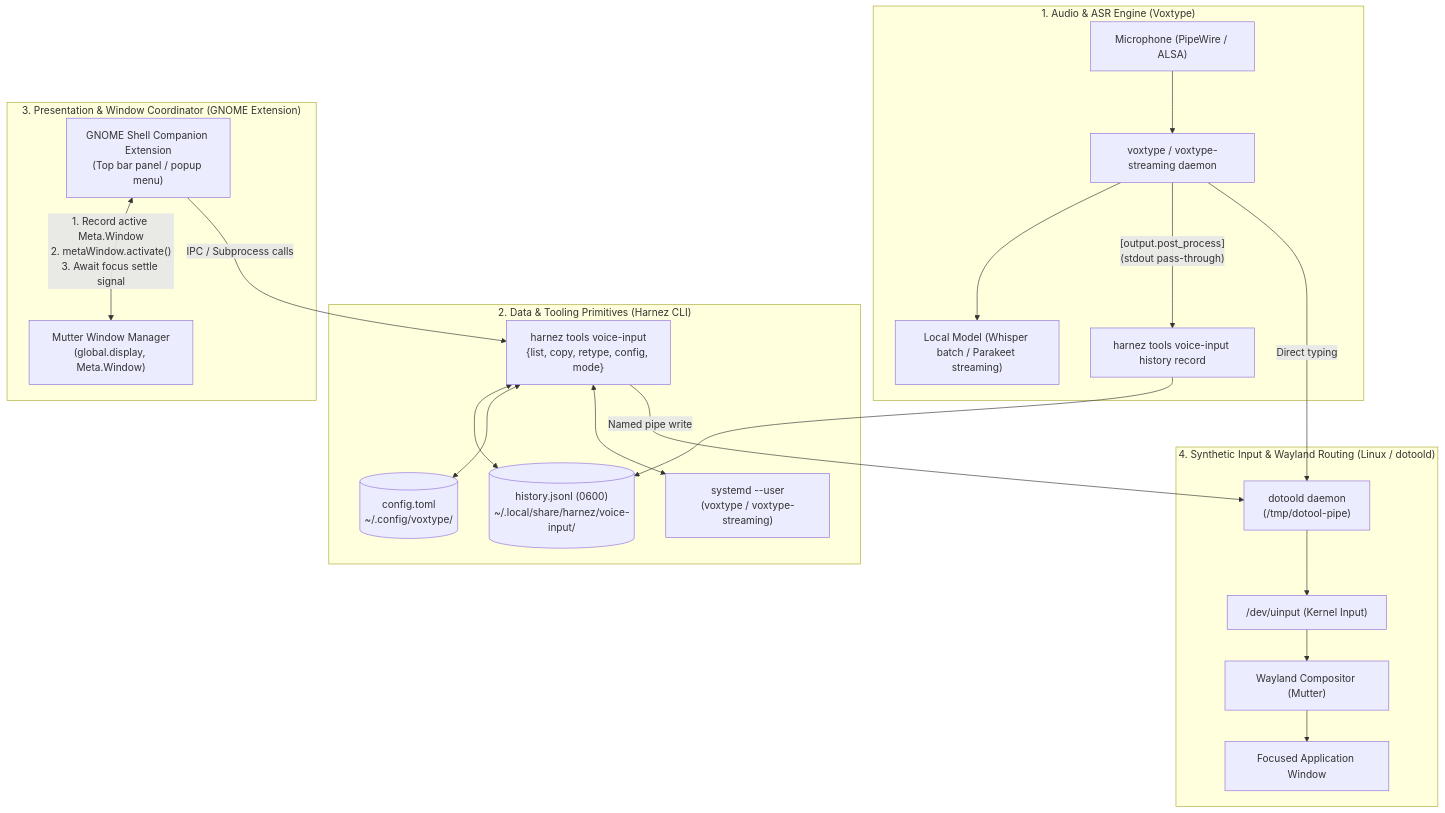
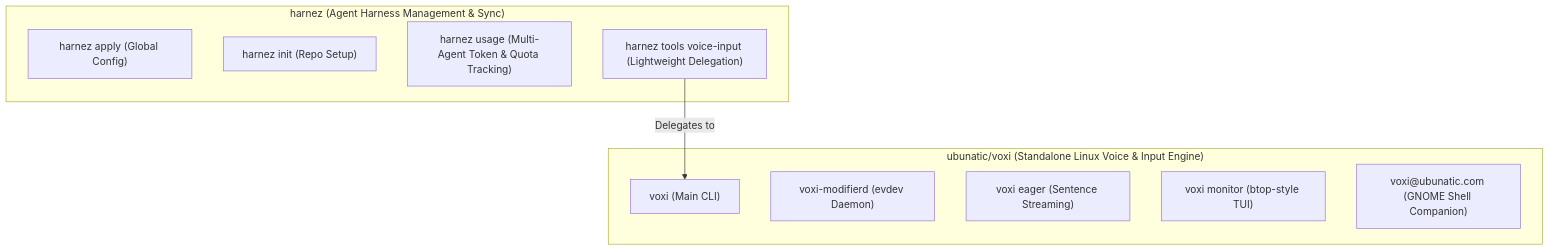
The diagram in docs/VoiceInputArchitecture.md (ubunatic/harnez), drawn with Mermaid before and after one commit. The commit also changed other lines of this file and 42 other files, not shown here.

Commit message:
refactor(voice): extract standalone voice engine into ubunatic/voxi (issue 029)

````diff
--- a/docs/VoiceInputArchitecture.md
+++ b/docs/VoiceInputArchitecture.md
@@ -25,31 +20,19 @@
 ```mermaid
 flowchart TB
-    subgraph AudioEngine ["1. Audio & ASR Engine (Voxtype)"]
-        Mic["Microphone (PipeWire / ALSA)"] --> VDaemon["voxtype / voxtype-streaming daemon"]
-        VDaemon --> Model["Local Model (Whisper batch / Parakeet streaming)"]
-        VDaemon -- "[output.post_process]\n(stdout pass-through)" --> Record["harnez tools voice-input history record"]
+    subgraph VoxiEngine ["ubunatic/voxi (Standalone Linux Voice & Input Engine)"]
+        CLI["voxi (Main CLI)"]
+        ModD["voxi-modifierd (evdev Daemon)"]
+        Eager["voxi eager (Sentence Streaming)"]
+        TUI["voxi monitor (btop-style TUI)"]
+        GExt["voxi@ubunatic.com (GNOME Shell Companion)"]
     end
 
-    subgraph HarnezCore ["2. Data & Tooling Primitives (Harnez CLI)"]
-        Record --> HStore[("history.jsonl (0600)\n~/.local/share/harnez/voice-input/")]
-        HCLI["harnez tools voice-input\n{list, copy, retype, config, mode}"]
-        HCLI <--> HStore
-        HCLI <--> VConfig[("config.toml\n~/.config/voxtype/")]
-        HCLI <--> Systemd["systemd --user\n(voxtype / voxtype-streaming)"]
+    subgraph HarnezCore ["harnez (Agent Harness Management & Sync)"]
+        Apply["harnez apply (Global Config)"]
+        Init["harnez init (Repo Setup)"]
+        Usage["harnez usage (Multi-Agent Token & Quota Tracking)"]
+        Tools["harnez tools voice-input (Lightweight Delegation)"]
     end
 
-    subgraph DesktopShell ["3. Presentation & Window Coordinator (GNOME Extension)"]
-        GExt["GNOME Shell Companion Extension\n(Top bar panel / popup menu)"]
-        Mutter["Mutter Window Manager\n(global.display, Meta.Window)"]
-        GExt <-->|"1. Record active Meta.Window\n2. metaWindow.activate()\n3. Await focus settle signal"| Mutter
-        GExt -->|"IPC / Subprocess calls"| HCLI
-    end
-
-    subgraph InjectionStack ["4. Synthetic Input & Wayland Routing (Linux / dotoold)"]
-        HCLI -->|"Named pipe write"| Dotoold["dotoold daemon\n(/tmp/dotool-pipe)"]
-        VDaemon -->|"Direct typing"| Dotoold
-        Dotoold --> UInput["/dev/uinput (Kernel Input)"]
-        UInput --> Wayland["Wayland Compositor (Mutter)"]
-        Wayland --> TargetApp["Focused Application Window"]
-    end
+    Tools -->|"Delegates to"| CLI
 ```
````
